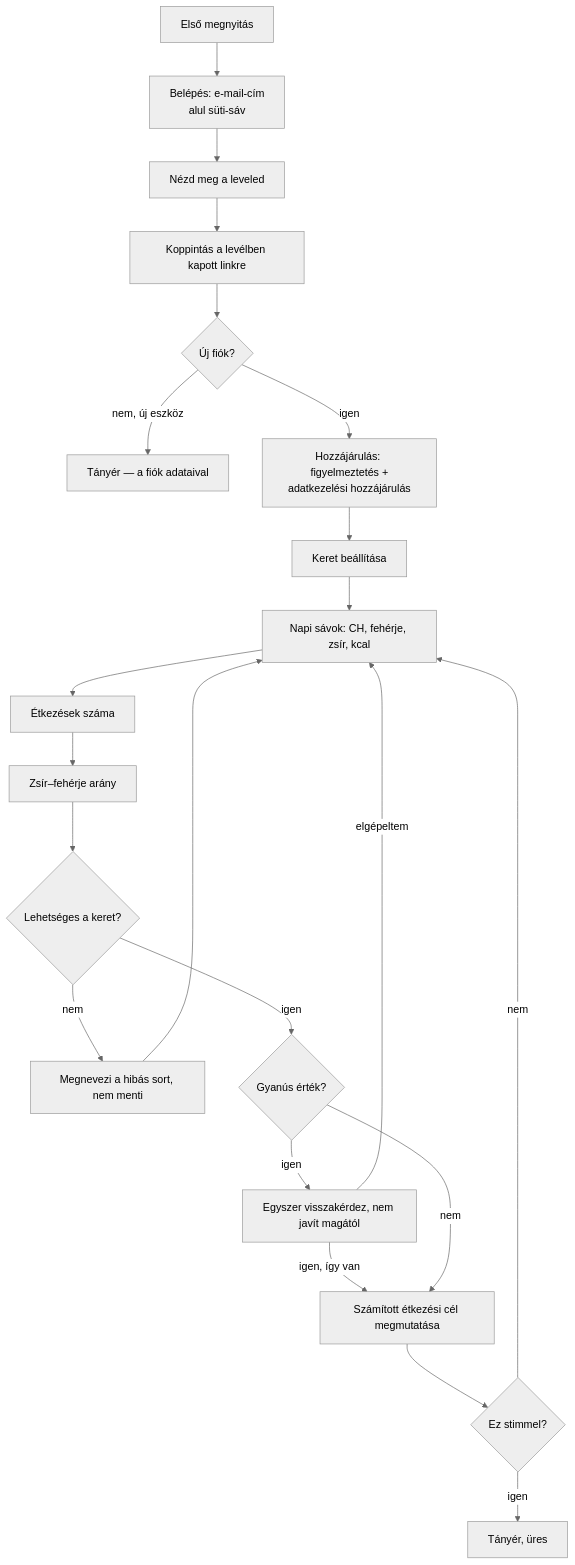
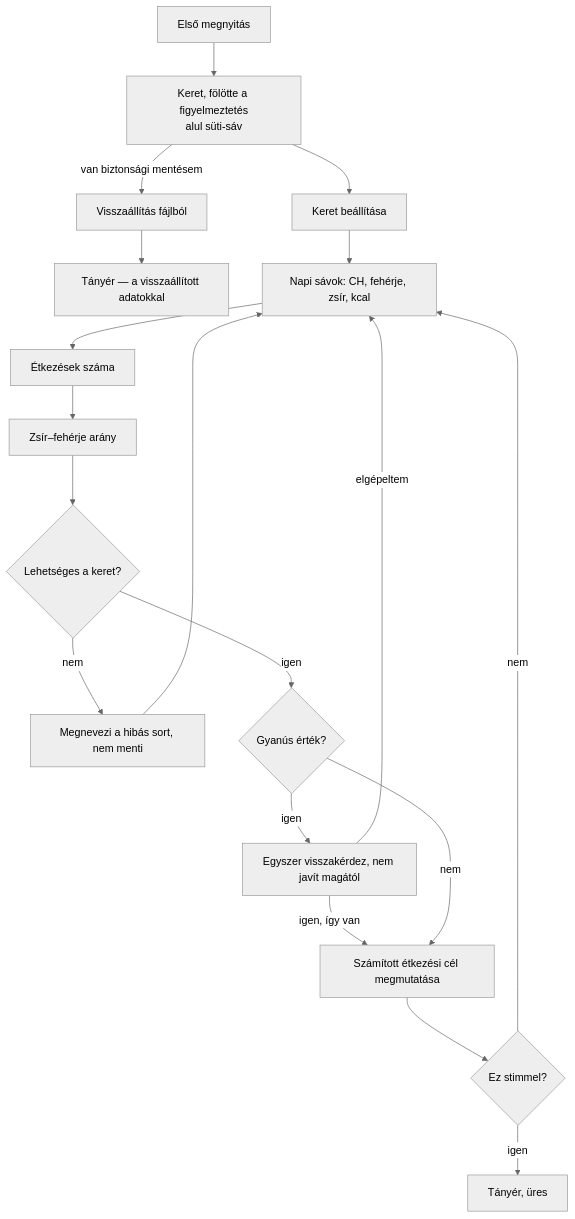
Before and after one commit to Izayata/ketara-artifacts: the third of 3 diagrams in ketara-folyamatok-kepernyok.md, drawn with Mermaid (neutral theme). The commit also changed other lines of this file and 2 other files, not shown here.

First line of the commit message:
Flows v0.8 and UX spec v0.4: replace sign-in and sync with local backup

````diff
--- a/ketara-folyamatok-kepernyok.md
+++ b/ketara-folyamatok-kepernyok.md
@@ -101,24 +101,21 @@
 ```mermaid
 flowchart TD
-    A0[Első megnyitás] --> A1["Belépés: e-mail-cím<br/>alul süti-sáv"]
-    A1 --> A2["Nézd meg a leveled"]
-    A2 --> A3[Koppintás a levélben kapott linkre]
-    A3 --> A4{Új fiók?}
-    A4 -- "nem, új eszköz" --> J0["Tányér — a fiók adataival"]
-    A4 -- igen --> A5["Hozzájárulás: figyelmeztetés +<br/>adatkezelési hozzájárulás"]
-    A5 --> B[Keret beállítása]
+    A0[Első megnyitás] --> A1["Keret, fölötte a figyelmeztetés<br/>alul süti-sáv"]
+    A1 -- "van biztonsági mentésem" --> R["Visszaállítás fájlból"]
+    R --> J0["Tányér — a visszaállított adatokkal"]
+    A1 --> B[Keret beállítása]
     B --> C[Napi sávok: CH, fehérje, zsír, kcal]
     C --> D[Étkezések száma]
     D --> E[Zsír–fehérje arány]
     E --> F{Lehetséges a keret?}
     F -- nem --> F2["Megnevezi a hibás sort, nem menti"] --> C
     F -- igen --> F3{Gyanús érték?}
     F3 -- igen --> G["Egyszer visszakérdez, nem javít magától"]
     G -- "igen, így van" --> H
     G -- "elgépeltem" --> C
     F3 -- nem --> H
     H["Számított étkezési cél megmutatása"]
     H --> I{Ez stimmel?}
     I -- nem --> C
     I -- igen --> J[Tányér, üres]
 ```
````
